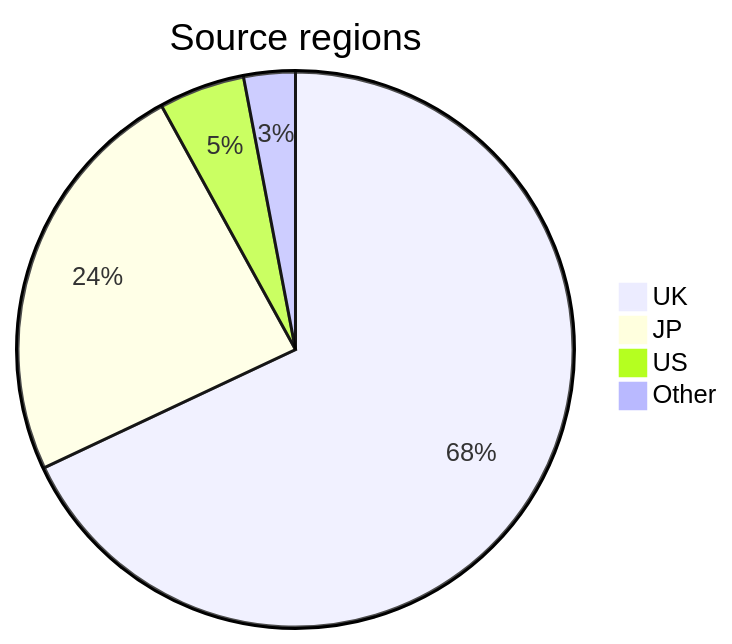
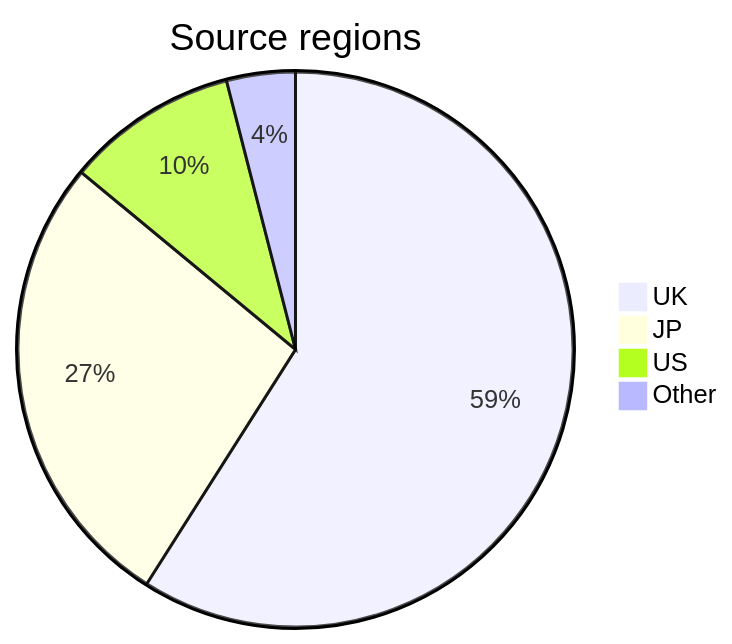
Before and after one commit to ace-dent/gbc-hw: the diagram in gbc-census/docs/notes.md, drawn with Mermaid. The commit also changed other lines of this file and 4 other files, not shown here.

````diff
--- a/gbc-census/docs/notes.md
+++ b/gbc-census/docs/notes.md
@@ -7,7 +9,7 @@
 ```mermaid
 pie title Source regions
-    "UK" : 68
-    "JP" : 24
-    "US" : 5
-    "Other" : 3
+    "UK" : 59
+    "JP" : 27
+    "US" : 10
+    "Other" : 4
 ```
````
